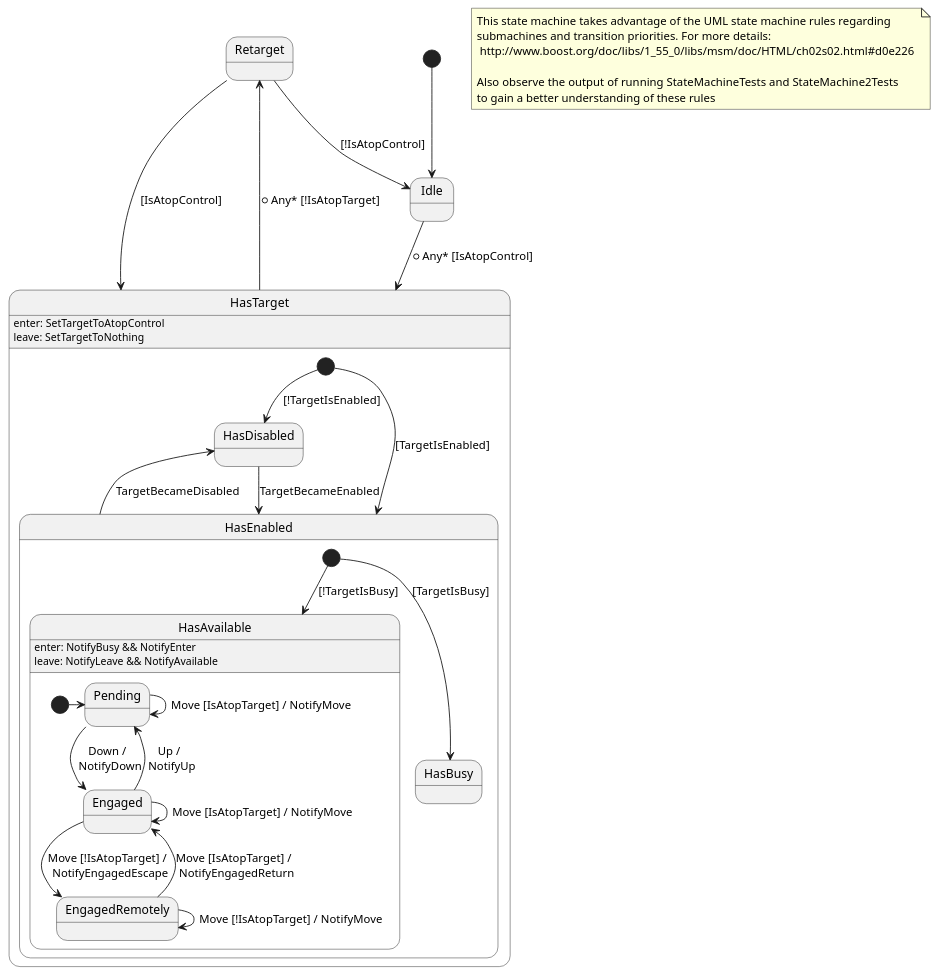
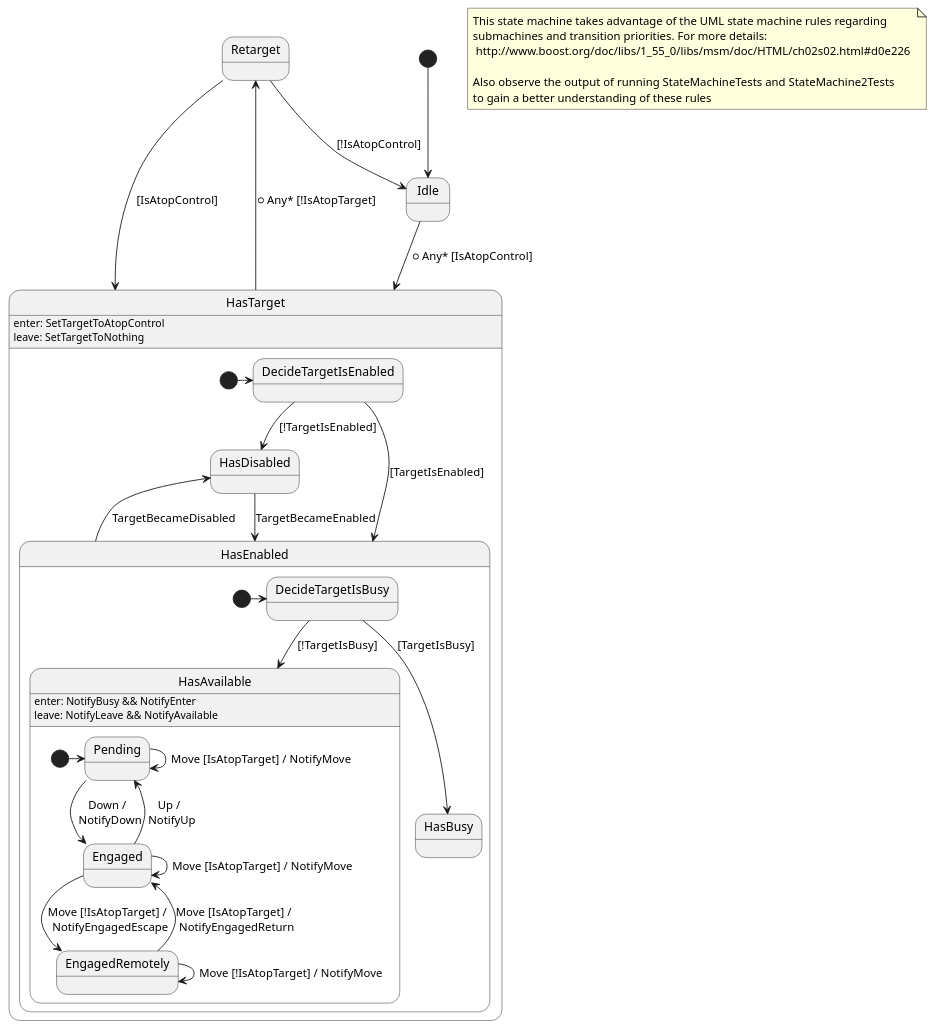
The diagram in Documentation/PointerInput2.puml (bobkocisko/libgui), drawn with PlantUML before and after one commit. The commit also changed 1 other file, not shown here.

```diff
--- a/Documentation/PointerInput2.puml
+++ b/Documentation/PointerInput2.puml
@@ -1,47 +1,49 @@
 @startuml
 
 note "This state machine takes advantage of the UML state machine rules regarding\nsubmachines and transition priorities. For more details: \n http://www.boost.org/doc/libs/1_55_0/libs/msm/doc/HTML/ch02s02.html#d0e226 \n\nAlso observe the output of running StateMachineTests and StateMachine2Tests\nto gain a better understanding of these rules" as N1
 
 [*] --> Idle
 
 Idle --> HasTarget: *Any* [IsAtopControl]
 
 Retarget --> HasTarget: [IsAtopControl]
 Retarget --> Idle: [!IsAtopControl]
 HasTarget -u-> Retarget: *Any* [!IsAtopTarget]
 
 state HasTarget: enter: SetTargetToAtopControl
 state HasTarget: leave: SetTargetToNothing
 
 state HasTarget {
-    [*] --> HasEnabled : [TargetIsEnabled]
-    [*] --> HasDisabled: [!TargetIsEnabled]
+    [*] -> DecideTargetIsEnabled
+    DecideTargetIsEnabled --> HasEnabled : [TargetIsEnabled]
+    DecideTargetIsEnabled --> HasDisabled: [!TargetIsEnabled]
 
     state HasEnabled {
-        [*] --> HasAvailable: [!TargetIsBusy]
-        [*] --> HasBusy: [TargetIsBusy]
+        [*] -> DecideTargetIsBusy
+        DecideTargetIsBusy --> HasAvailable: [!TargetIsBusy]
+        DecideTargetIsBusy --> HasBusy: [TargetIsBusy]
 
         state HasAvailable: enter: NotifyBusy && NotifyEnter
         state HasAvailable: leave: NotifyLeave && NotifyAvailable
         state HasAvailable {
             [*] -> Pending
 
             Pending --> Pending: Move [IsAtopTarget] / NotifyMove
             Pending --> Engaged: Down / \n NotifyDown
 
             Engaged --> Engaged: Move [IsAtopTarget] / NotifyMove
             Engaged --> Pending: Up / \n NotifyUp
             Engaged --> EngagedRemotely: Move [!IsAtopTarget] / \n NotifyEngagedEscape
 
             EngagedRemotely --> Engaged: Move [IsAtopTarget] / \n NotifyEngagedReturn
             EngagedRemotely --> EngagedRemotely: Move [!IsAtopTarget] / NotifyMove
         }
     }
 
     HasDisabled --> HasEnabled: TargetBecameEnabled
     HasEnabled -l-> HasDisabled: TargetBecameDisabled
 }
 
 
 
 @enduml
```
